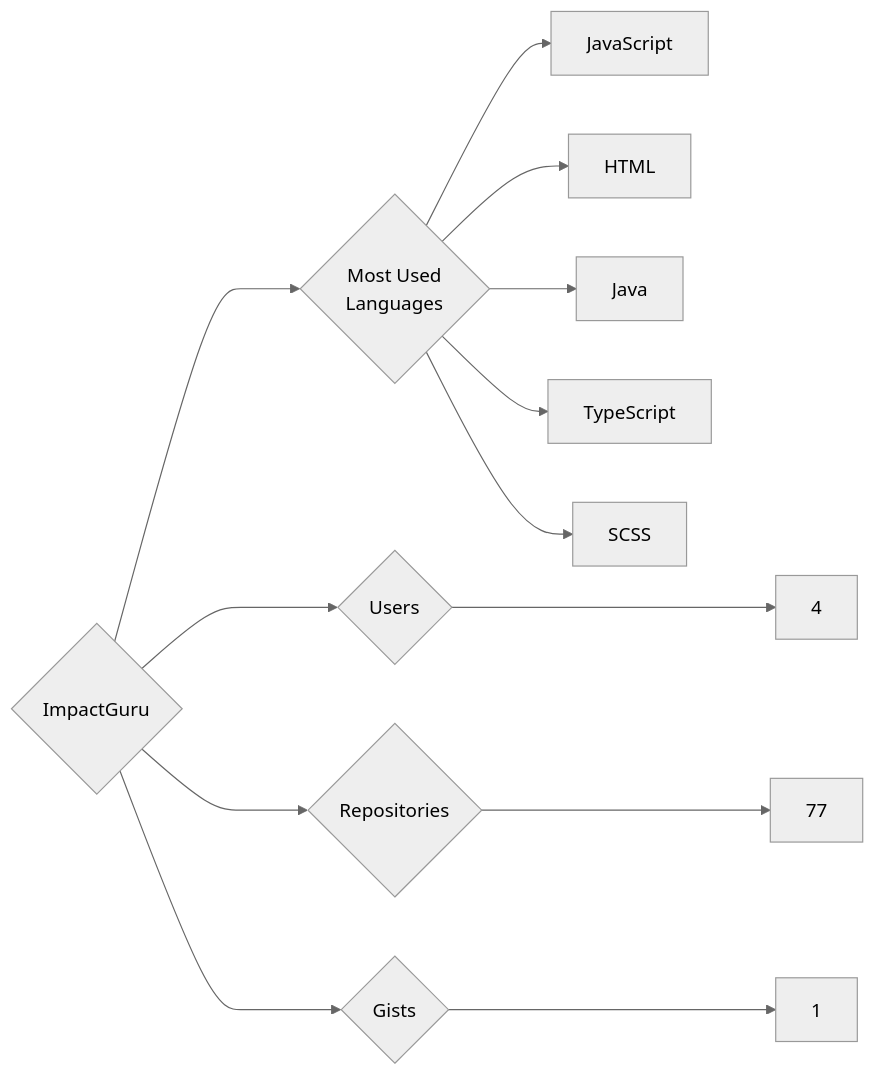
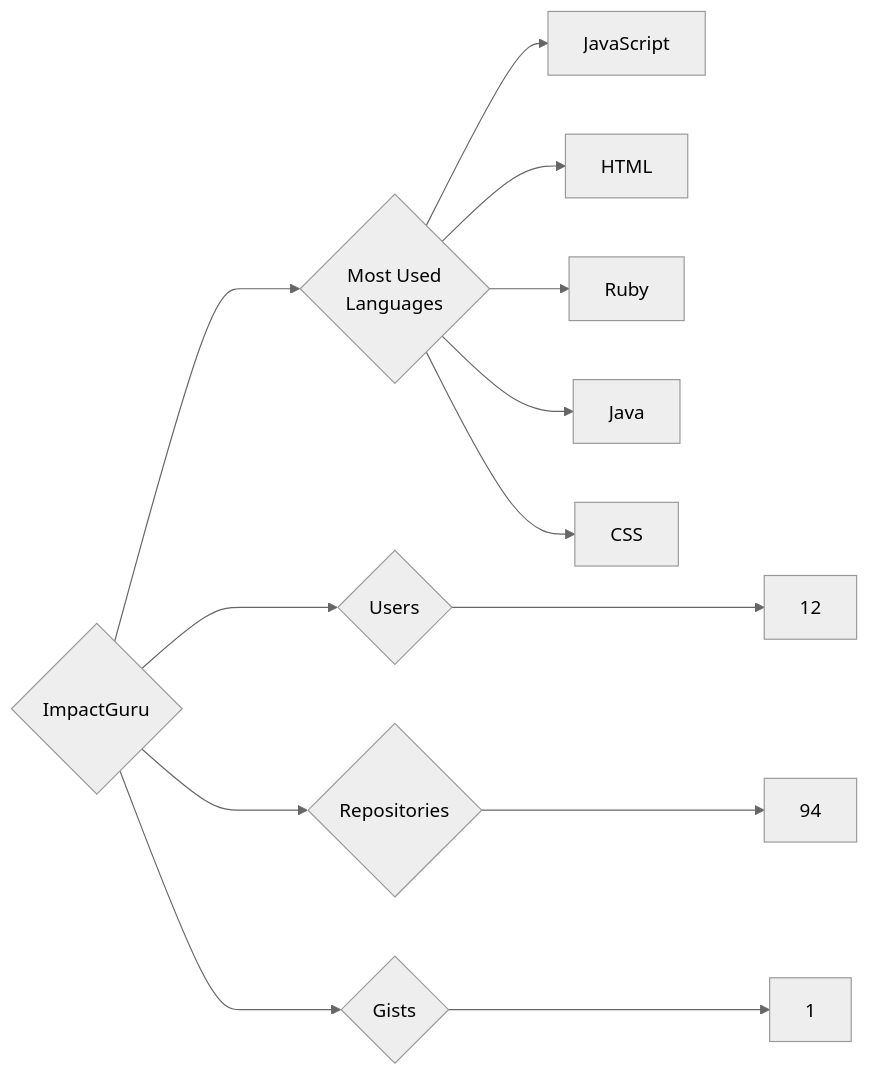
Before and after one commit to trickest/insiders: the diagram in targets/ImpactGuru/README.md, drawn with Mermaid (neutral theme). The commit also changed 777 other files, not shown here.

````diff
--- a/targets/ImpactGuru/README.md
+++ b/targets/ImpactGuru/README.md
@@ -3,13 +3,13 @@
 ```mermaid
 graph LR
 COMPANY_NAME{ImpactGuru}
-COMPANY_NAME ---> U{Users} ---> UN[4]
-COMPANY_NAME ---> R{Repositories} ---> RN[77]
+COMPANY_NAME ---> U{Users} ---> UN[12]
+COMPANY_NAME ---> R{Repositories} ---> RN[94]
 COMPANY_NAME ---> G{Gists} ---> GN[1]
 COMPANY_NAME ---> ML{Most Used<br>Languages}
 ML --> JavaScript[JavaScript]
 ML --> HTML[HTML]
+ML --> Ruby[Ruby]
 ML --> Java[Java]
-ML --> TypeScript[TypeScript]
-ML --> SCSS[SCSS]
+ML --> CSS[CSS]
 ```
````
